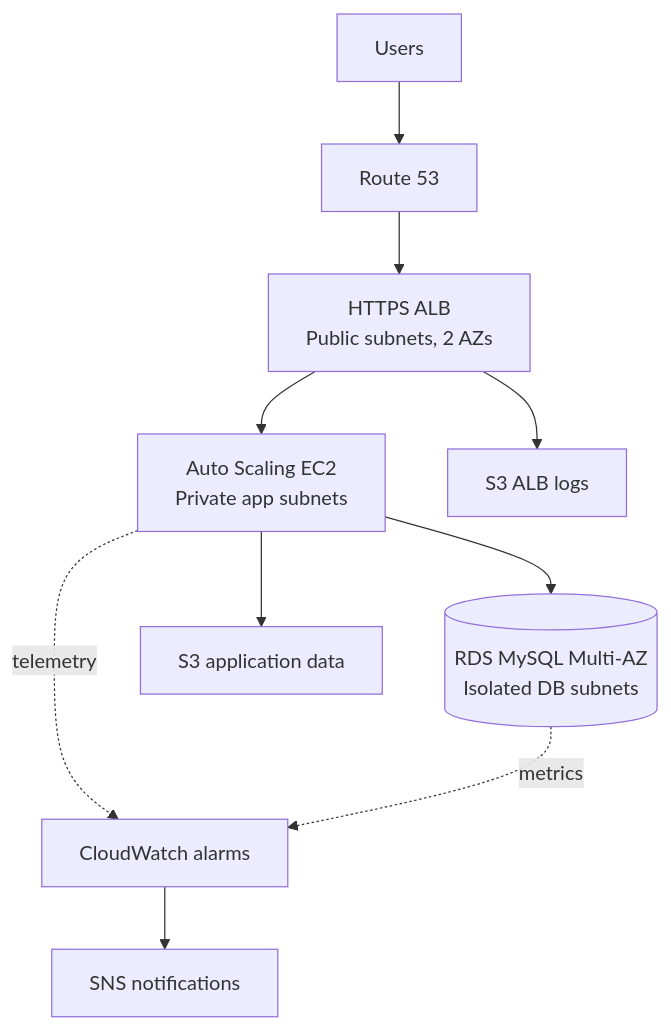
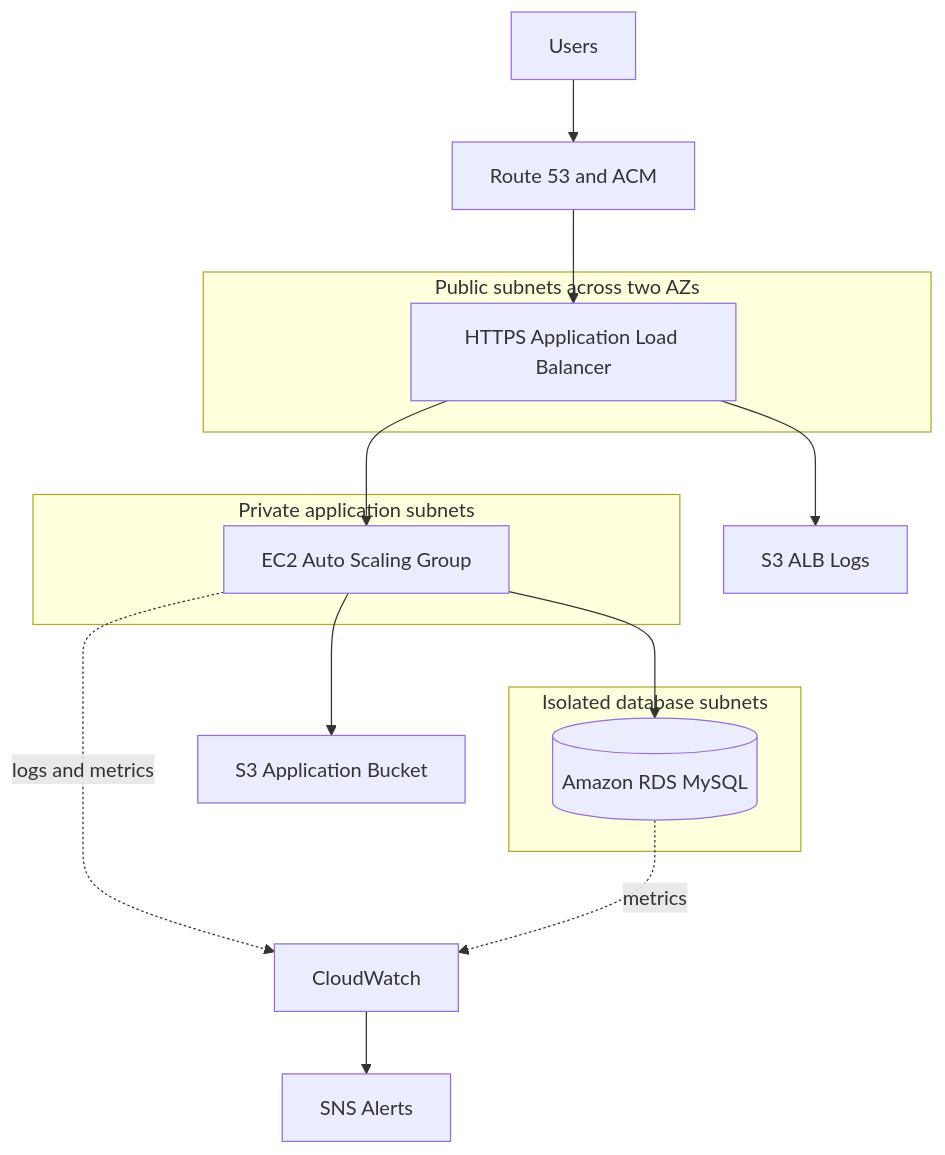
The diagram in README.md (narendra09-devops/terraform-aws-3tier), drawn with Mermaid before and after one commit. The commit also changed other lines of this file, not shown here.

````diff
--- a/README.md
+++ b/README.md
@@ -9,12 +40,24 @@
 ```mermaid
 flowchart TB
-  U[Users] --> R[Route 53]
-  R --> A[HTTPS ALB<br/>Public subnets, 2 AZs]
-  A --> E[Auto Scaling EC2<br/>Private app subnets]
-  E --> D[(RDS MySQL Multi-AZ<br/>Isolated DB subnets)]
-  E --> S[S3 application data]
-  A --> L[S3 ALB logs]
-  M[CloudWatch alarms] --> N[SNS notifications]
-  E -. telemetry .-> M
-  D -. metrics .-> M
+    U[Users] --> DNS[Route 53 and ACM]
+    DNS --> ALB[HTTPS Application Load Balancer]
+    ALB --> ASG[EC2 Auto Scaling Group]
+    ASG --> RDS[(Amazon RDS MySQL)]
+    ASG --> APP[S3 Application Bucket]
+    ALB --> LOGS[S3 ALB Logs]
+    ASG -. logs and metrics .-> CW[CloudWatch]
+    RDS -. metrics .-> CW
+    CW --> SNS[SNS Alerts]
+
+    subgraph PUBLIC[Public subnets across two AZs]
+        ALB
+    end
+
+    subgraph PRIVATE[Private application subnets]
+        ASG
+    end
+
+    subgraph ISOLATED[Isolated database subnets]
+        RDS
+    end
 ```
````
